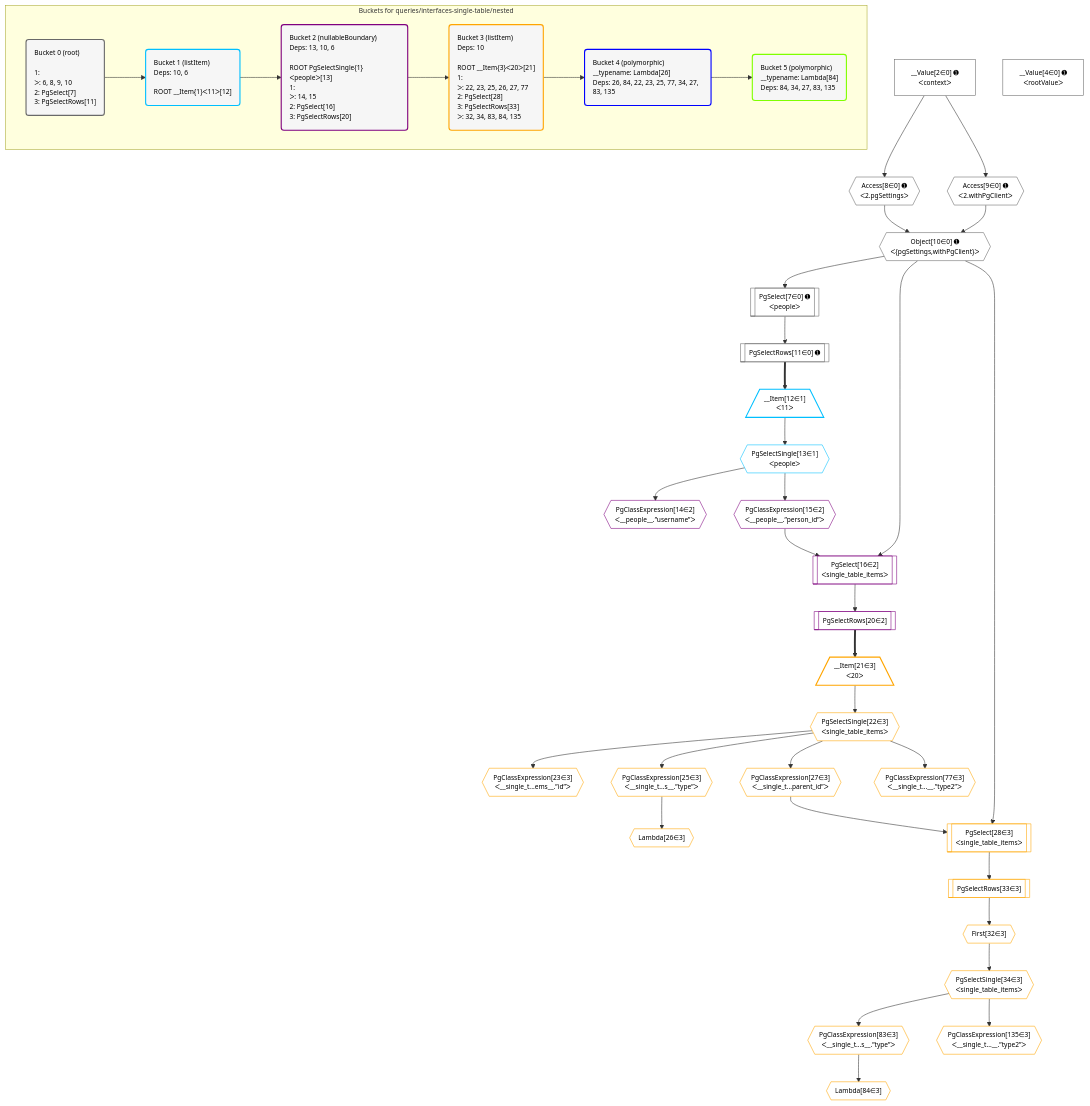
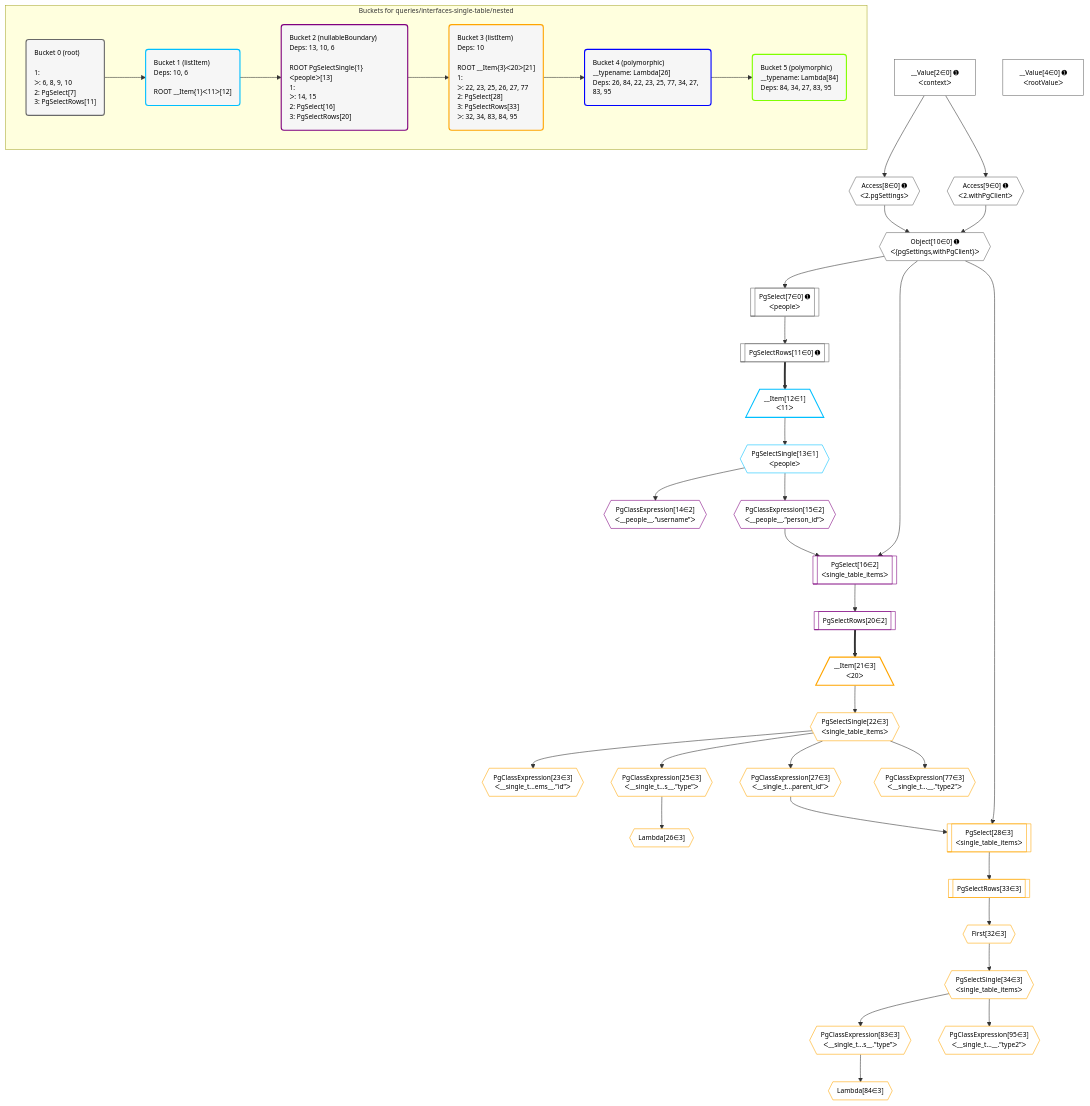
Before and after one commit to graphile/crystal: the diagram in grafast/dataplan-pg/__tests__/queries/interfaces-single-table/nested.deopt.mermaid, drawn with Mermaid. The commit also changed 27 other files, not shown here.

```diff
--- a/grafast/dataplan-pg/__tests__/queries/interfaces-single-table/nested.deopt.mermaid
+++ b/grafast/dataplan-pg/__tests__/queries/interfaces-single-table/nested.deopt.mermaid
@@ -1,90 +1,90 @@
 %%{init: {'themeVariables': { 'fontSize': '12px'}}}%%
 graph TD
     classDef path fill:#eee,stroke:#000,color:#000
     classDef plan fill:#fff,stroke-width:1px,color:#000
     classDef itemplan fill:#fff,stroke-width:2px,color:#000
     classDef unbatchedplan fill:#dff,stroke-width:1px,color:#000
     classDef sideeffectplan fill:#fcc,stroke-width:2px,color:#000
     classDef bucket fill:#f6f6f6,color:#000,stroke-width:2px,text-align:left
 
     subgraph "Buckets for queries/interfaces-single-table/nested"
     Bucket0("Bucket 0 (root)<br /><br />1: <br />ᐳ: 6, 8, 9, 10<br />2: PgSelect[7]<br />3: PgSelectRows[11]"):::bucket
     Bucket1("Bucket 1 (listItem)<br />Deps: 10, 6<br /><br />ROOT __Item{1}ᐸ11ᐳ[12]"):::bucket
     Bucket2("Bucket 2 (nullableBoundary)<br />Deps: 13, 10, 6<br /><br />ROOT PgSelectSingle{1}ᐸpeopleᐳ[13]<br />1: <br />ᐳ: 14, 15<br />2: PgSelect[16]<br />3: PgSelectRows[20]"):::bucket
-    Bucket3("Bucket 3 (listItem)<br />Deps: 10<br /><br />ROOT __Item{3}ᐸ20ᐳ[21]<br />1: <br />ᐳ: 22, 23, 25, 26, 27, 77<br />2: PgSelect[28]<br />3: PgSelectRows[33]<br />ᐳ: 32, 34, 83, 84, 135"):::bucket
-    Bucket4("Bucket 4 (polymorphic)<br />__typename: Lambda[26]<br />Deps: 26, 84, 22, 23, 25, 77, 34, 27, 83, 135"):::bucket
-    Bucket5("Bucket 5 (polymorphic)<br />__typename: Lambda[84]<br />Deps: 84, 34, 27, 83, 135"):::bucket
+    Bucket3("Bucket 3 (listItem)<br />Deps: 10<br /><br />ROOT __Item{3}ᐸ20ᐳ[21]<br />1: <br />ᐳ: 22, 23, 25, 26, 27, 77<br />2: PgSelect[28]<br />3: PgSelectRows[33]<br />ᐳ: 32, 34, 83, 84, 95"):::bucket
+    Bucket4("Bucket 4 (polymorphic)<br />__typename: Lambda[26]<br />Deps: 26, 84, 22, 23, 25, 77, 34, 27, 83, 95"):::bucket
+    Bucket5("Bucket 5 (polymorphic)<br />__typename: Lambda[84]<br />Deps: 84, 34, 27, 83, 95"):::bucket
     end
     Bucket0 --> Bucket1
     Bucket1 --> Bucket2
     Bucket2 --> Bucket3
     Bucket3 --> Bucket4
     Bucket4 --> Bucket5
 
     %% plan dependencies
     PgSelect7[["PgSelect[7∈0] ➊<br />ᐸpeopleᐳ"]]:::plan
     Object10{{"Object[10∈0] ➊<br />ᐸ{pgSettings,withPgClient}ᐳ"}}:::plan
     Object10 --> PgSelect7
     Access8{{"Access[8∈0] ➊<br />ᐸ2.pgSettingsᐳ"}}:::plan
     Access9{{"Access[9∈0] ➊<br />ᐸ2.withPgClientᐳ"}}:::plan
     Access8 & Access9 --> Object10
     __Value2["__Value[2∈0] ➊<br />ᐸcontextᐳ"]:::plan
     __Value2 --> Access8
     __Value2 --> Access9
     PgSelectRows11[["PgSelectRows[11∈0] ➊"]]:::plan
     PgSelect7 --> PgSelectRows11
     __Value4["__Value[4∈0] ➊<br />ᐸrootValueᐳ"]:::plan
     __Item12[/"__Item[12∈1]<br />ᐸ11ᐳ"\]:::itemplan
     PgSelectRows11 ==> __Item12
     PgSelectSingle13{{"PgSelectSingle[13∈1]<br />ᐸpeopleᐳ"}}:::plan
     __Item12 --> PgSelectSingle13
     PgSelect16[["PgSelect[16∈2]<br />ᐸsingle_table_itemsᐳ"]]:::plan
     PgClassExpression15{{"PgClassExpression[15∈2]<br />ᐸ__people__.”person_id”ᐳ"}}:::plan
     Object10 & PgClassExpression15 --> PgSelect16
     PgClassExpression14{{"PgClassExpression[14∈2]<br />ᐸ__people__.”username”ᐳ"}}:::plan
     PgSelectSingle13 --> PgClassExpression14
     PgSelectSingle13 --> PgClassExpression15
     PgSelectRows20[["PgSelectRows[20∈2]"]]:::plan
     PgSelect16 --> PgSelectRows20
     PgSelect28[["PgSelect[28∈3]<br />ᐸsingle_table_itemsᐳ"]]:::plan
     PgClassExpression27{{"PgClassExpression[27∈3]<br />ᐸ__single_t...parent_id”ᐳ"}}:::plan
     Object10 & PgClassExpression27 --> PgSelect28
     __Item21[/"__Item[21∈3]<br />ᐸ20ᐳ"\]:::itemplan
     PgSelectRows20 ==> __Item21
     PgSelectSingle22{{"PgSelectSingle[22∈3]<br />ᐸsingle_table_itemsᐳ"}}:::plan
     __Item21 --> PgSelectSingle22
     PgClassExpression23{{"PgClassExpression[23∈3]<br />ᐸ__single_t...ems__.”id”ᐳ"}}:::plan
     PgSelectSingle22 --> PgClassExpression23
     PgClassExpression25{{"PgClassExpression[25∈3]<br />ᐸ__single_t...s__.”type”ᐳ"}}:::plan
     PgSelectSingle22 --> PgClassExpression25
     Lambda26{{"Lambda[26∈3]"}}:::plan
     PgClassExpression25 --> Lambda26
     PgSelectSingle22 --> PgClassExpression27
     First32{{"First[32∈3]"}}:::plan
     PgSelectRows33[["PgSelectRows[33∈3]"]]:::plan
     PgSelectRows33 --> First32
     PgSelect28 --> PgSelectRows33
     PgSelectSingle34{{"PgSelectSingle[34∈3]<br />ᐸsingle_table_itemsᐳ"}}:::plan
     First32 --> PgSelectSingle34
     PgClassExpression77{{"PgClassExpression[77∈3]<br />ᐸ__single_t...__.”type2”ᐳ"}}:::plan
     PgSelectSingle22 --> PgClassExpression77
     PgClassExpression83{{"PgClassExpression[83∈3]<br />ᐸ__single_t...s__.”type”ᐳ"}}:::plan
     PgSelectSingle34 --> PgClassExpression83
     Lambda84{{"Lambda[84∈3]"}}:::plan
     PgClassExpression83 --> Lambda84
-    PgClassExpression135{{"PgClassExpression[135∈3]<br />ᐸ__single_t...__.”type2”ᐳ"}}:::plan
-    PgSelectSingle34 --> PgClassExpression135
+    PgClassExpression95{{"PgClassExpression[95∈3]<br />ᐸ__single_t...__.”type2”ᐳ"}}:::plan
+    PgSelectSingle34 --> PgClassExpression95
 
     %% define steps
     classDef bucket0 stroke:#696969
     class Bucket0,__Value2,__Value4,PgSelect7,Access8,Access9,Object10,PgSelectRows11 bucket0
     classDef bucket1 stroke:#00bfff
     class Bucket1,__Item12,PgSelectSingle13 bucket1
     classDef bucket2 stroke:#7f007f
     class Bucket2,PgClassExpression14,PgClassExpression15,PgSelect16,PgSelectRows20 bucket2
     classDef bucket3 stroke:#ffa500
-    class Bucket3,__Item21,PgSelectSingle22,PgClassExpression23,PgClassExpression25,Lambda26,PgClassExpression27,PgSelect28,First32,PgSelectRows33,PgSelectSingle34,PgClassExpression77,PgClassExpression83,Lambda84,PgClassExpression135 bucket3
+    class Bucket3,__Item21,PgSelectSingle22,PgClassExpression23,PgClassExpression25,Lambda26,PgClassExpression27,PgSelect28,First32,PgSelectRows33,PgSelectSingle34,PgClassExpression77,PgClassExpression83,Lambda84,PgClassExpression95 bucket3
     classDef bucket4 stroke:#0000ff
     class Bucket4 bucket4
     classDef bucket5 stroke:#7fff00
     class Bucket5 bucket5
```
